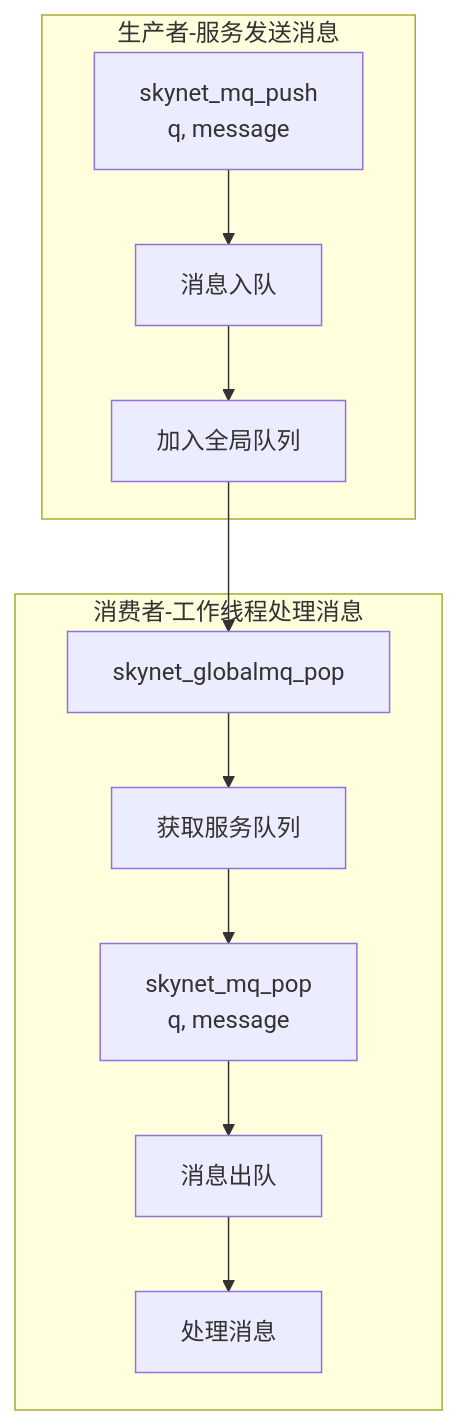
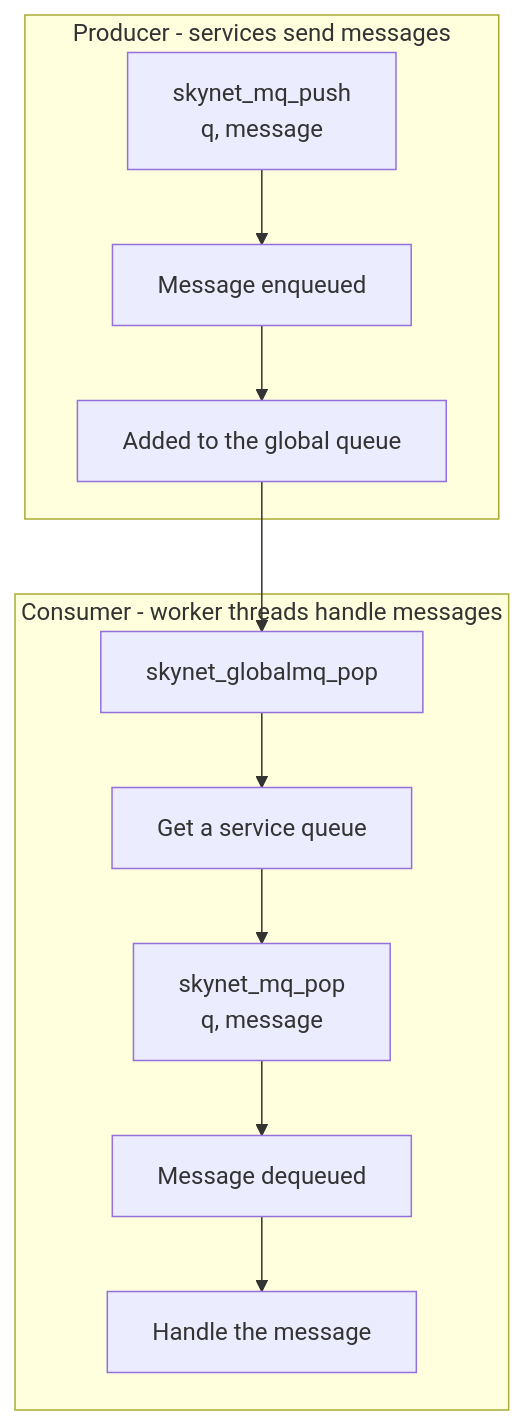
The seventh of 7 diagrams in docs/analysis/skynet-mq.md (cuihairu/skynet), drawn with Mermaid before and after one commit. The commit also changed other lines of this file and 86 other files, not shown here.

````diff
--- a/docs/analysis/skynet-mq.md
+++ b/docs/analysis/skynet-mq.md
@@ -545,16 +545,16 @@
 ```mermaid
 graph TD
-    subgraph 生产者-服务发送消息
-        A[skynet_mq_push<br/>q, message] --> B[消息入队]
-        B --> C[加入全局队列]
+    subgraph Producer - services send messages
+        A[skynet_mq_push<br/>q, message] --> B[Message enqueued]
+        B --> C[Added to the global queue]
     end
 
-    subgraph 消费者-工作线程处理消息
-        D[skynet_globalmq_pop] --> E[获取服务队列]
+    subgraph Consumer - worker threads handle messages
+        D[skynet_globalmq_pop] --> E[Get a service queue]
         E --> F[skynet_mq_pop<br/>q, message]
-        F --> G[消息出队]
-        G --> H[处理消息]
+        F --> G[Message dequeued]
+        G --> H[Handle the message]
     end
 
     C --> D
 ```
````
